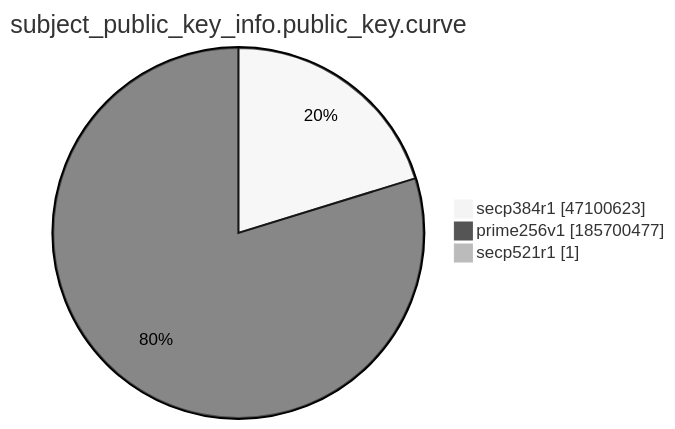
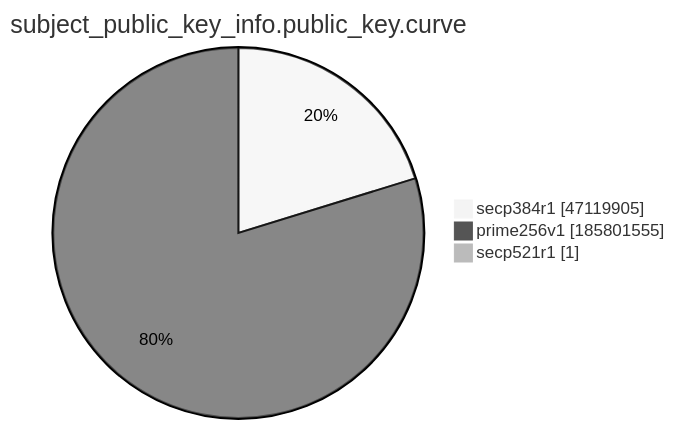
Before and after one commit to christiankrug/ctmonitor_visualization: the ninth of 15 diagrams in xenon2022/README.md, drawn with Mermaid (neutral theme). The commit also changed other lines of this file, not shown here.

````diff
--- a/xenon2022/README.md
+++ b/xenon2022/README.md
@@ -2874,7 +2874,7 @@
 ```mermaid
 pie showData
 title subject_public_key_info.public_key.curve
-"secp384r1" :47100623
-"prime256v1" :185700477
+"secp384r1" :47119905
+"prime256v1" :185801555
 "secp521r1" :1
 ```
````
